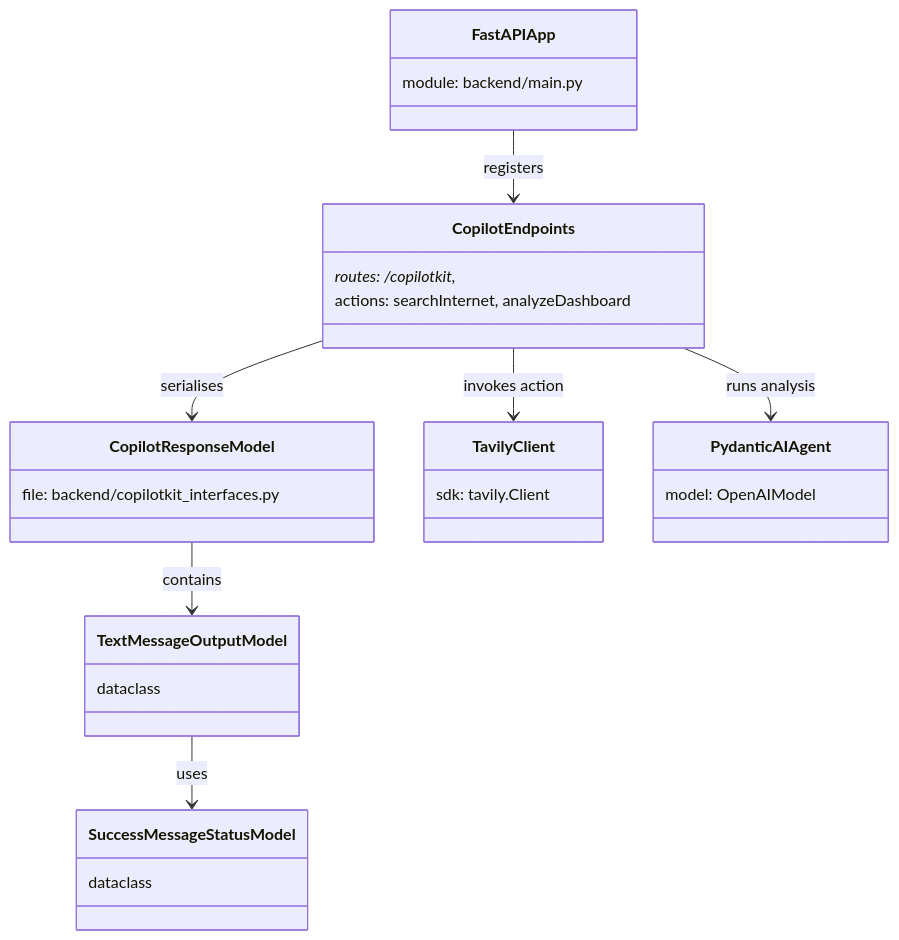
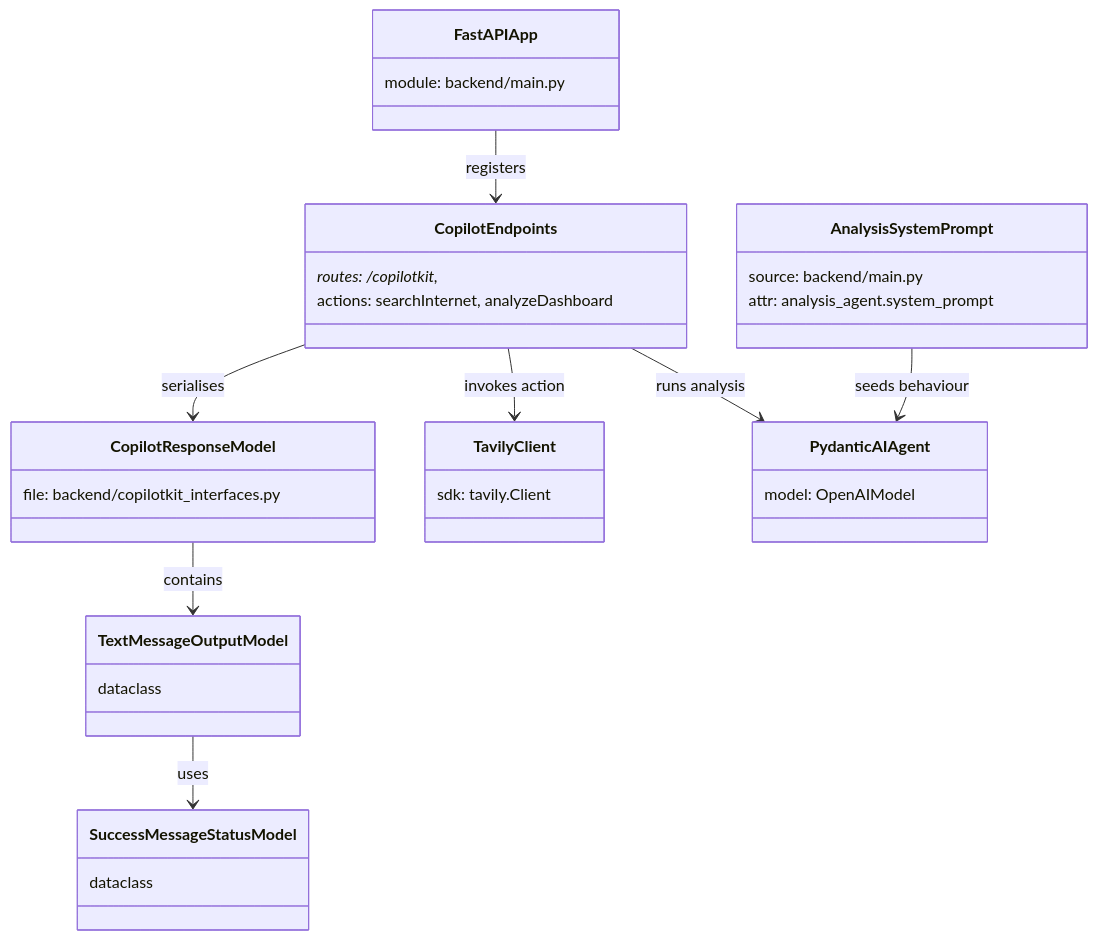
Before and after one commit to chris-han/CopilotKit: the second of 5 diagrams in examples/copilot-chat-with-your-data/architecture.md, drawn with Mermaid. The commit also changed other lines of this file and 16 other files, not shown here.

First line of the commit message:
feat(ui): enhance chart highlight and assistant prompt structure

````diff
--- a/examples/copilot-chat-with-your-data/architecture.md
+++ b/examples/copilot-chat-with-your-data/architecture.md
@@ -58,32 +63,37 @@
 ```mermaid
 classDiagram
     class FastAPIApp {
         module: backend/main.py
     }
     class CopilotEndpoints {
         routes: /copilotkit,*
         actions: searchInternet, analyzeDashboard
     }
     class CopilotResponseModel {
         file: backend/copilotkit_interfaces.py
     }
     class TextMessageOutputModel {
         dataclass
     }
     class SuccessMessageStatusModel {
         dataclass
     }
     class TavilyClient {
         sdk: tavily.Client
     }
     class PydanticAIAgent {
         model: OpenAIModel
     }
+    class AnalysisSystemPrompt {
+        source: backend/main.py
+        attr: analysis_agent.system_prompt
+    }
 
     FastAPIApp --> CopilotEndpoints : registers
     CopilotEndpoints --> CopilotResponseModel : serialises
     CopilotResponseModel --> TextMessageOutputModel : contains
     TextMessageOutputModel --> SuccessMessageStatusModel : uses
     CopilotEndpoints --> TavilyClient : invokes action
     CopilotEndpoints --> PydanticAIAgent : runs analysis
+    AnalysisSystemPrompt --> PydanticAIAgent : seeds behaviour
 ```
````
